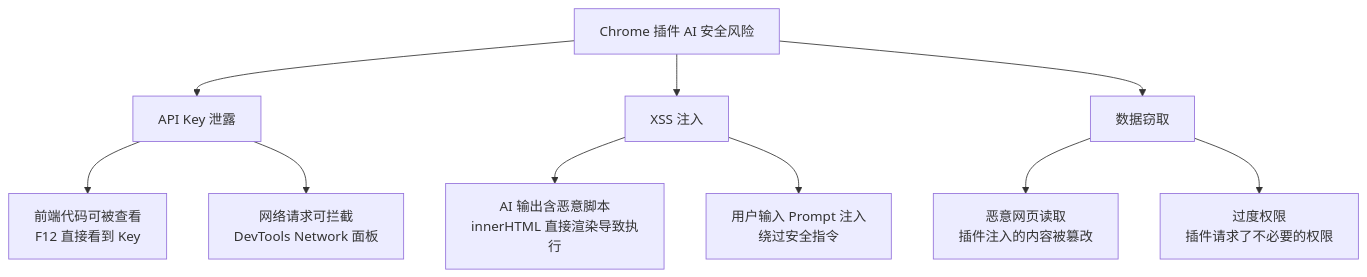
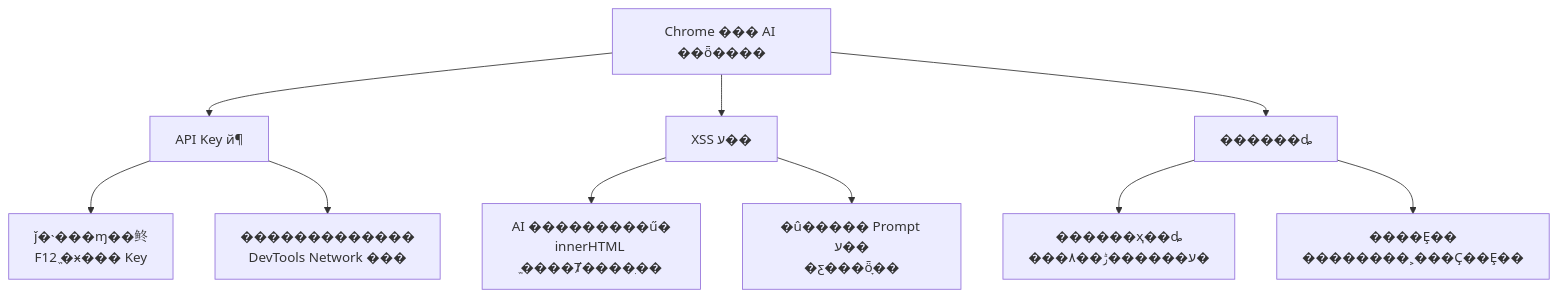
One commit to TimeHunter618/hugo-maid-dev changed the first of 8 diagrams in content/post/ai-interview/Chrome插件如何安全调用AI.zh-CN.md. Above: the diagram before and after it, drawn with Mermaid. The commit also changed other lines of this file and 70 other files, not shown here.

````diff
--- a/content/post/ai-interview/Chrome插件如何安全调用AI.zh-CN.md
+++ b/content/post/ai-interview/Chrome插件如何安全调用AI.zh-CN.md
@@ -35,15 +35,15 @@
 ```mermaid
 graph TD
-    A["Chrome 插件 AI 安全风险"] --> B["API Key 泄露"]
-    A --> C["XSS 注入"]
-    A --> D["数据窃取"]
+    A["Chrome ��� AI ��ȫ����"] --> B["API Key й¶"]
+    A --> C["XSS ע��"]
+    A --> D["������ȡ"]
 
-    B --> B1["前端代码可被查看<br/>F12 直接看到 Key"]
-    B --> B2["网络请求可拦截<br/>DevTools Network 面板"]
+    B --> B1["ǰ�˴���ɱ��鿴<br/>F12 ֱ�ӿ��� Key"]
+    B --> B2["�������������<br/>DevTools Network ���"]
 
-    C --> C1["AI 输出含恶意脚本<br/>innerHTML 直接渲染导致执行"]
-    C --> C2["用户输入 Prompt 注入<br/>绕过安全指令"]
+    C --> C1["AI ���������ű�<br/>innerHTML ֱ����Ⱦ����ִ��"]
+    C --> C2["�û����� Prompt ע��<br/>�ƹ���ȫָ��"]
 
-    D --> D1["恶意网页读取<br/>插件注入的内容被篡改"]
-    D --> D2["过度权限<br/>插件请求了不必要的权限"]
+    D --> D1["������ҳ��ȡ<br/>���ע������ݱ��۸�"]
+    D --> D2["����Ȩ��<br/>��������˲���Ҫ��Ȩ��"]
 ```
````
